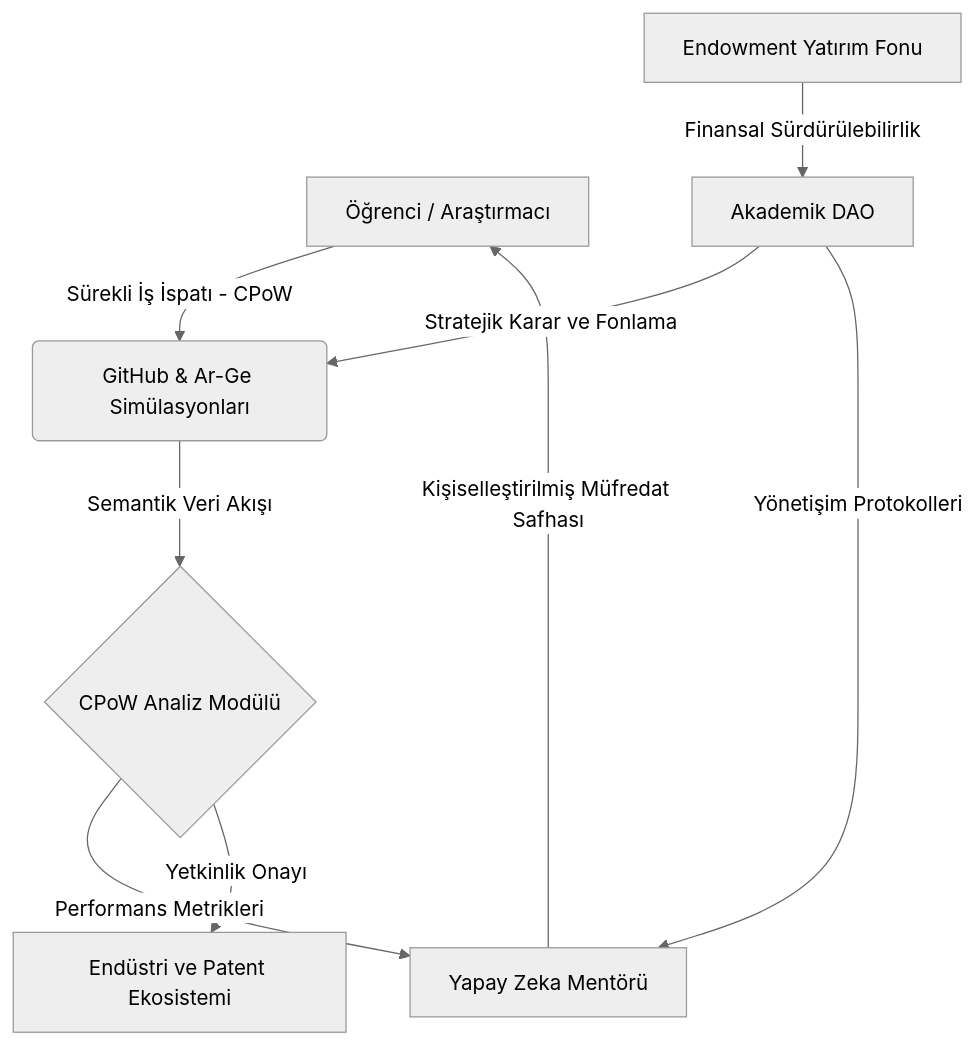
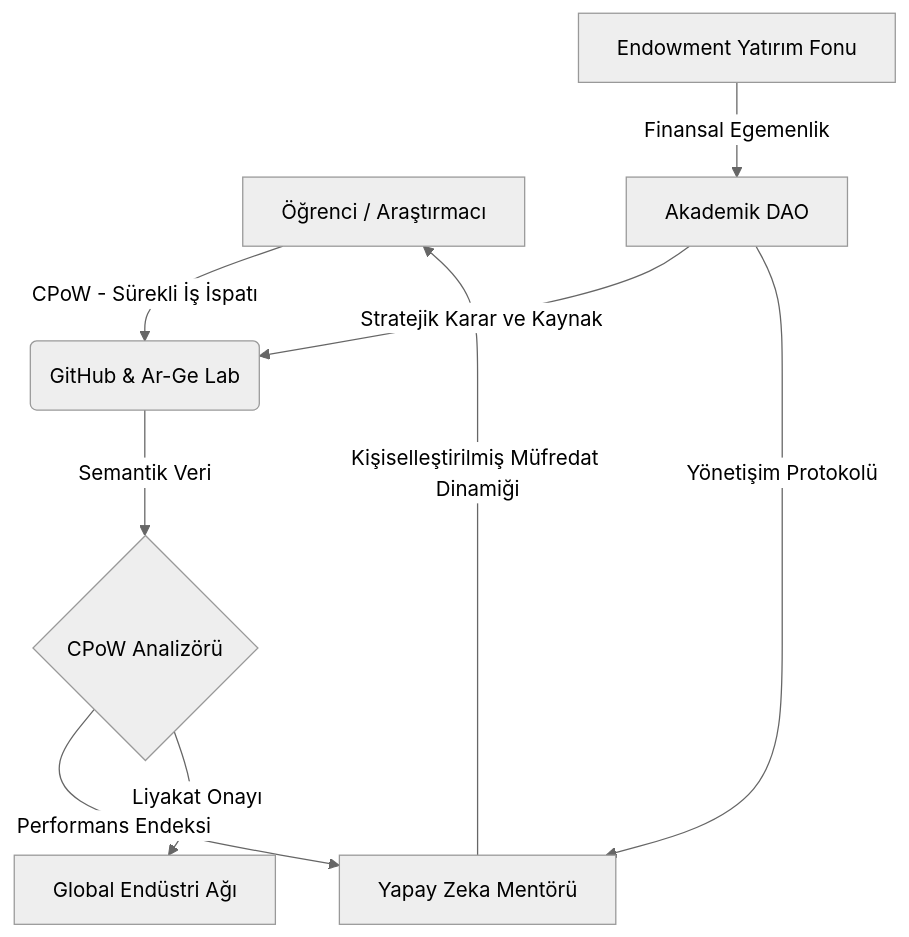
Before and after one commit to bahattinyunus/Project-Muassir-University: the diagram in README.md, drawn with Mermaid (neutral theme). The commit also changed other lines of this file and 2 other files, not shown here.

Commit message:
docs: Ultra-Manifesto expansion - Added Departmental Blueprints and Global Accreditation logic

````diff
--- a/README.md
+++ b/README.md
@@ -30,11 +34,11 @@
 ```mermaid
 graph TD
-    A[Öğrenci / Araştırmacı] -->|Sürekli İş İspatı - CPoW| B(GitHub & Ar-Ge Simülasyonları)
-    B -->|Semantik Veri Akışı| C{CPoW Analiz Modülü}
-    C -->|Performans Metrikleri| D[Yapay Zeka Mentörü]
-    D -->|Kişiselleştirilmiş Müfredat Safhası| A
-    C -->|Yetkinlik Onayı| E[Endüstri ve Patent Ekosistemi]
-    F[Akademik DAO] -->|Stratejik Karar ve Fonlama| B
-    F -->|Yönetişim Protokolleri| D
-    G[Endowment Yatırım Fonu] -->|Finansal Sürdürülebilirlik| F
+    A[Öğrenci / Araştırmacı] -->|CPoW - Sürekli İş İspatı| B(GitHub & Ar-Ge Lab)
+    B -->|Semantik Veri| C{CPoW Analizörü}
+    C -->|Performans Endeksi| D[Yapay Zeka Mentörü]
+    D -->|Kişiselleştirilmiş Müfredat Dinamiği| A
+    C -->|Liyakat Onayı| E[Global Endüstri Ağı]
+    F[Akademik DAO] -->|Stratejik Karar ve Kaynak| B
+    F -->|Yönetişim Protokolü| D
+    G[Endowment Yatırım Fonu] -->|Finansal Egemenlik| F
 ```
````
